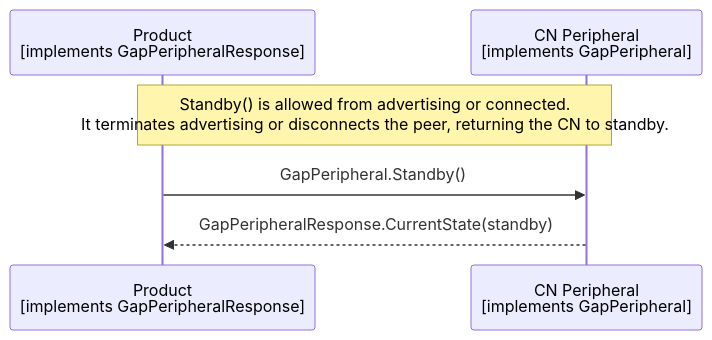
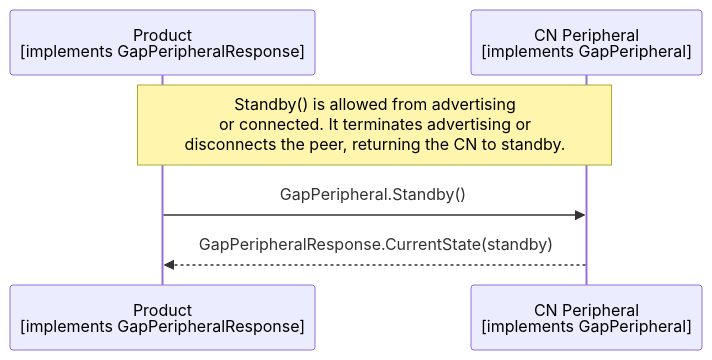
Before and after one commit to philips-software/amp-embedded-infra-lib: the diagram in documents/modules/ROOT/partials/echoservices/gap_peripheral/GapPeripheral_Standby_sequence.mmd, drawn with Mermaid. The commit also changed 5 other files, not shown here.

```diff
--- a/documents/modules/ROOT/partials/echoservices/gap_peripheral/GapPeripheral_Standby_sequence.mmd
+++ b/documents/modules/ROOT/partials/echoservices/gap_peripheral/GapPeripheral_Standby_sequence.mmd
@@ -1,6 +1,6 @@
 sequenceDiagram
     participant Product as Product<br>[implements GapPeripheralResponse]
     participant CN as CN Peripheral<br>[implements GapPeripheral]
-    Note over Product, CN: Standby() is allowed from advertising or connected.<br>It terminates advertising or disconnects the peer, returning the CN to standby.
+    Note over Product, CN: Standby() is allowed from advertising<br>or connected. It terminates advertising or<br>disconnects the peer, returning the CN to standby.
     Product->>CN: GapPeripheral.Standby()
     CN-->>Product: GapPeripheralResponse.CurrentState(standby)
```
